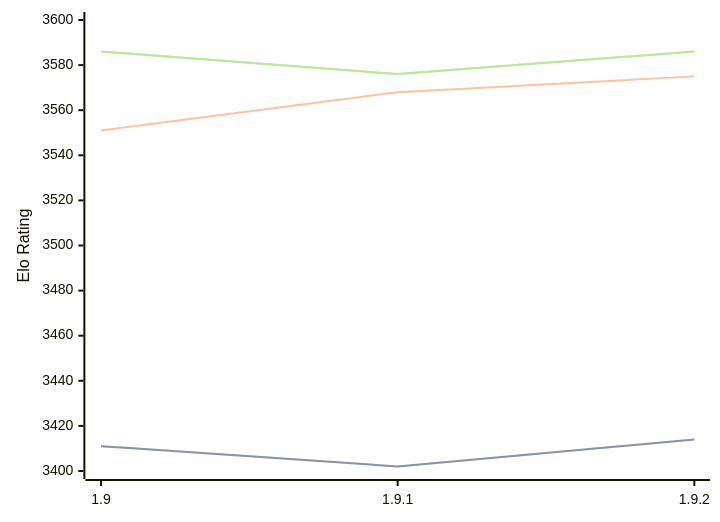
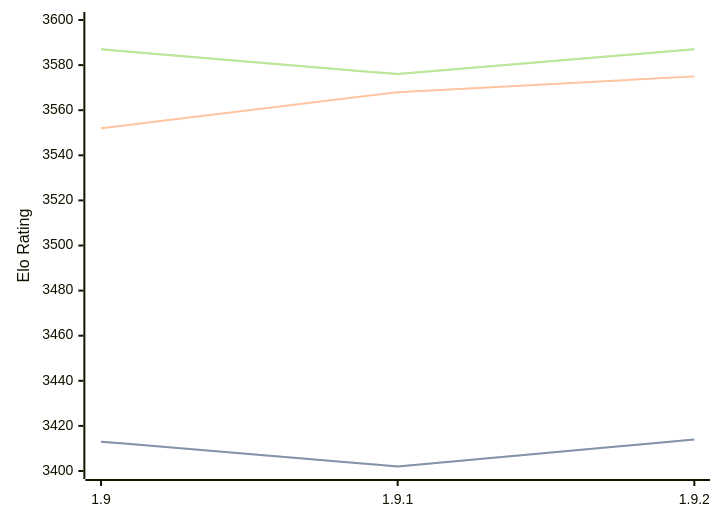
One commit to computer-chess-index/cci changed the diagram in engines/Pawnocchio.md. Above: the diagram before and after it, drawn with Mermaid. The commit also changed other lines of this file, not shown here.

Commit message:
Update CCI Ratings (ELO VLTC) - 2026-04-22

````diff
--- a/engines/Pawnocchio.md
+++ b/engines/Pawnocchio.md
@@ -48,11 +48,11 @@
 ```mermaid
 %%{init: {"theme":"base","themeVariables":{"seriesColors:['#a3a3a3','#222221','#faa371']}}}%%
 xychart-beta
   x-axis ["1.9", "1.9.1", "1.9.2"]
   y-axis "Elo Rating" 3400 --> 3600
-  line "STC (8.0+0.08s)" [3411, 3402, 3414]
-  line "STC (8.0+0.08s)" [3411, 3402, 3414]
-  line "LTC (60.0+0.60s)" [3551, 3568, 3575]
-  line "VLTC (2m24s+1.12s)" [3586, 3576, 3586]
-  line "VLTC (2m24s+1.12s)" [3586, 3576, 3586]
+  line "STC (8.0+0.08s)" [3413, 3402, 3414]
+  line "STC (8.0+0.08s)" [3413, 3402, 3414]
+  line "LTC (60.0+0.60s)" [3552, 3568, 3575]
+  line "VLTC (2m24s+1.12s)" [3587, 3576, 3587]
+  line "VLTC (2m24s+1.12s)" [3587, 3576, 3587]
 ```
````
